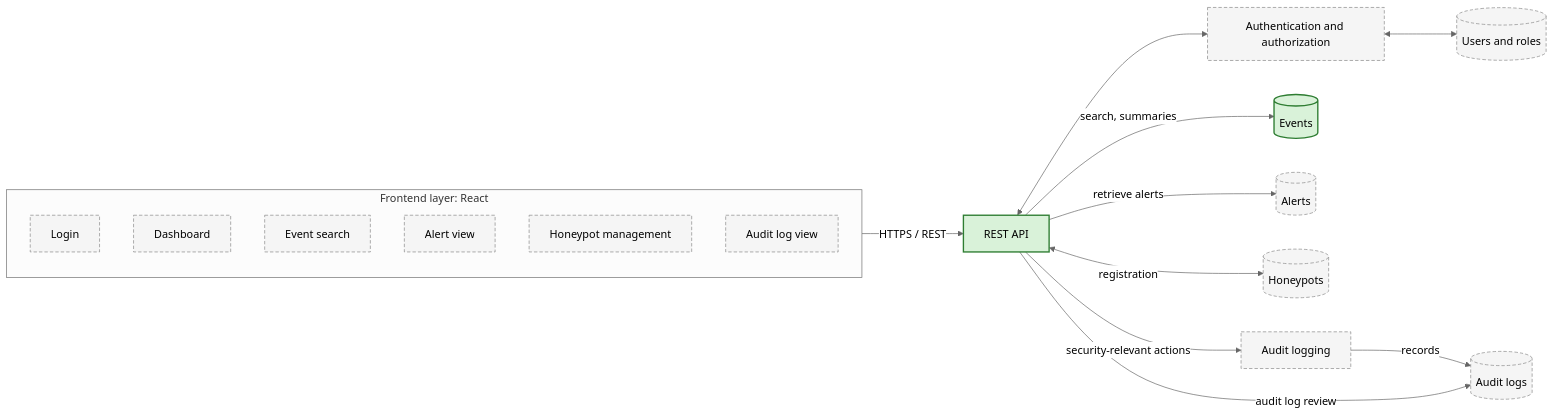
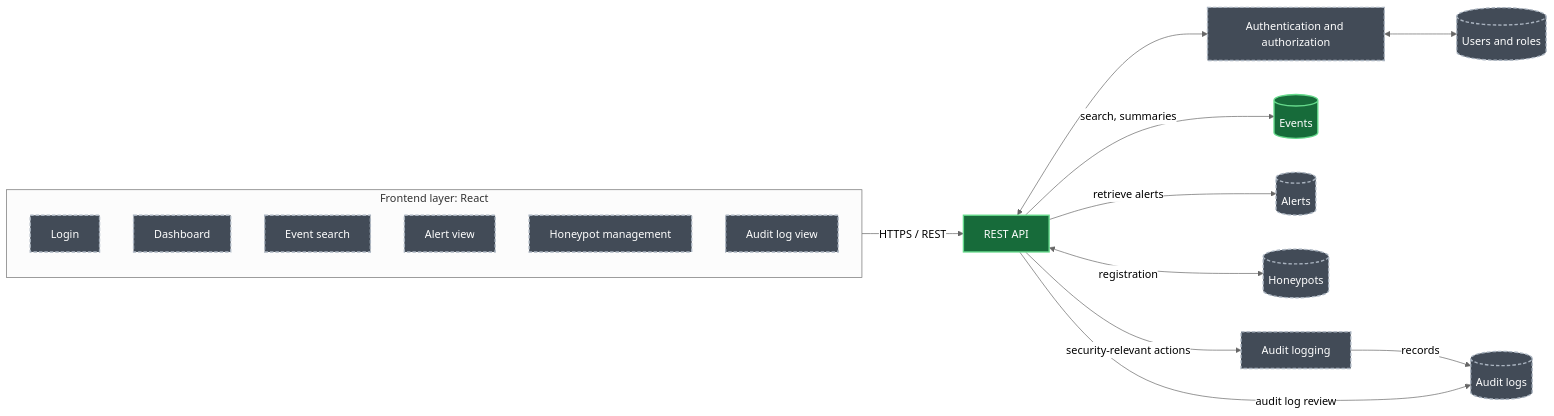
One commit to El-Dorado26/hive-honeypot-network changed the third of 3 diagrams in docs/design/arch/architecture.md. Above: the diagram before and after it, drawn with Mermaid (neutral theme). The commit also changed other lines of this file, not shown here.

First line of the commit message:
Enhance diagram styles in architecture.md

````diff
--- a/docs/design/arch/architecture.md
+++ b/docs/design/arch/architecture.md
@@ -98,35 +103,38 @@
 ```mermaid
+
 flowchart LR
     subgraph FE["Frontend layer: React"]
         LOGIN["Login"]
         DASH["Dashboard"]
         SEARCH["Event search"]
         ALERTV["Alert view"]
         HPM["Honeypot management"]
         AUDV["Audit log view"]
     end
 
     API["REST API"]
     AUTH["Authentication and authorization"]
     USERS[("Users and roles")]
     EVENTS[("Events")]
     ALERTS[("Alerts")]
     HONEYPOTS[("Honeypots")]
     AUDIT["Audit logging"]
     LOGS[("Audit logs")]
 
     FE -->|"HTTPS / REST"| API
     API <--> AUTH
     AUTH <--> USERS
     API -->|"search, summaries"| EVENTS
     API -->|"retrieve alerts"| ALERTS
     API <-->|"registration"| HONEYPOTS
     API -->|"security-relevant actions"| AUDIT
     AUDIT -->|"records"| LOGS
     API -->|"audit log review"| LOGS
 
-    classDef implemented fill:#d9f2d9,stroke:#2e7d32,stroke-width:2px
-    classDef planned fill:#f5f5f5,stroke:#888888,stroke-dasharray:5 3
+    classDef implemented fill:#176B3A,stroke:#65D98B,color:#FFFFFF,stroke-width:2px
+    classDef planned fill:#424B57,stroke:#AAB4C0,color:#FFFFFF,stroke-width:2px,stroke-dasharray:5 3
+
     class API,EVENTS implemented
     class LOGIN,DASH,SEARCH,ALERTV,HPM,AUDV,AUTH,USERS,ALERTS,HONEYPOTS,AUDIT,LOGS planned
+
 ```
````
